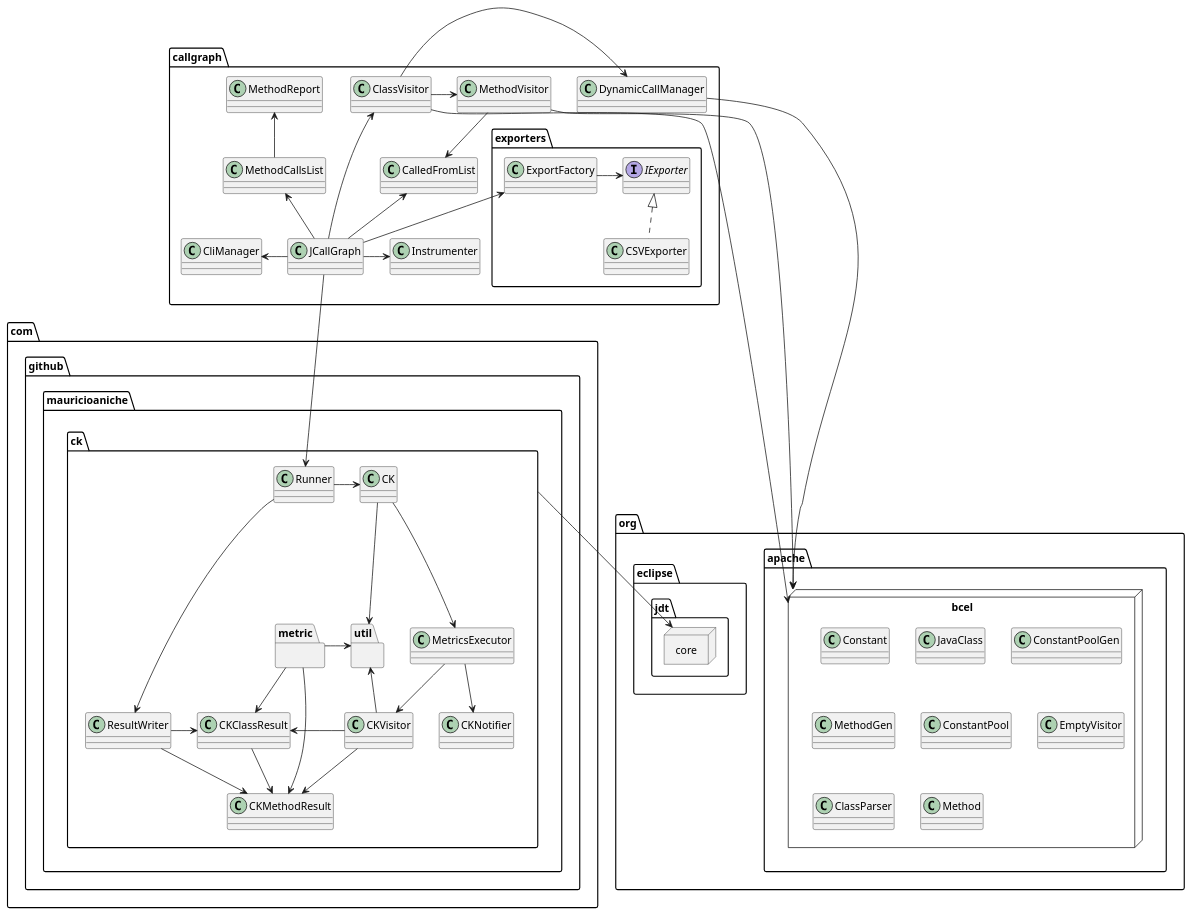
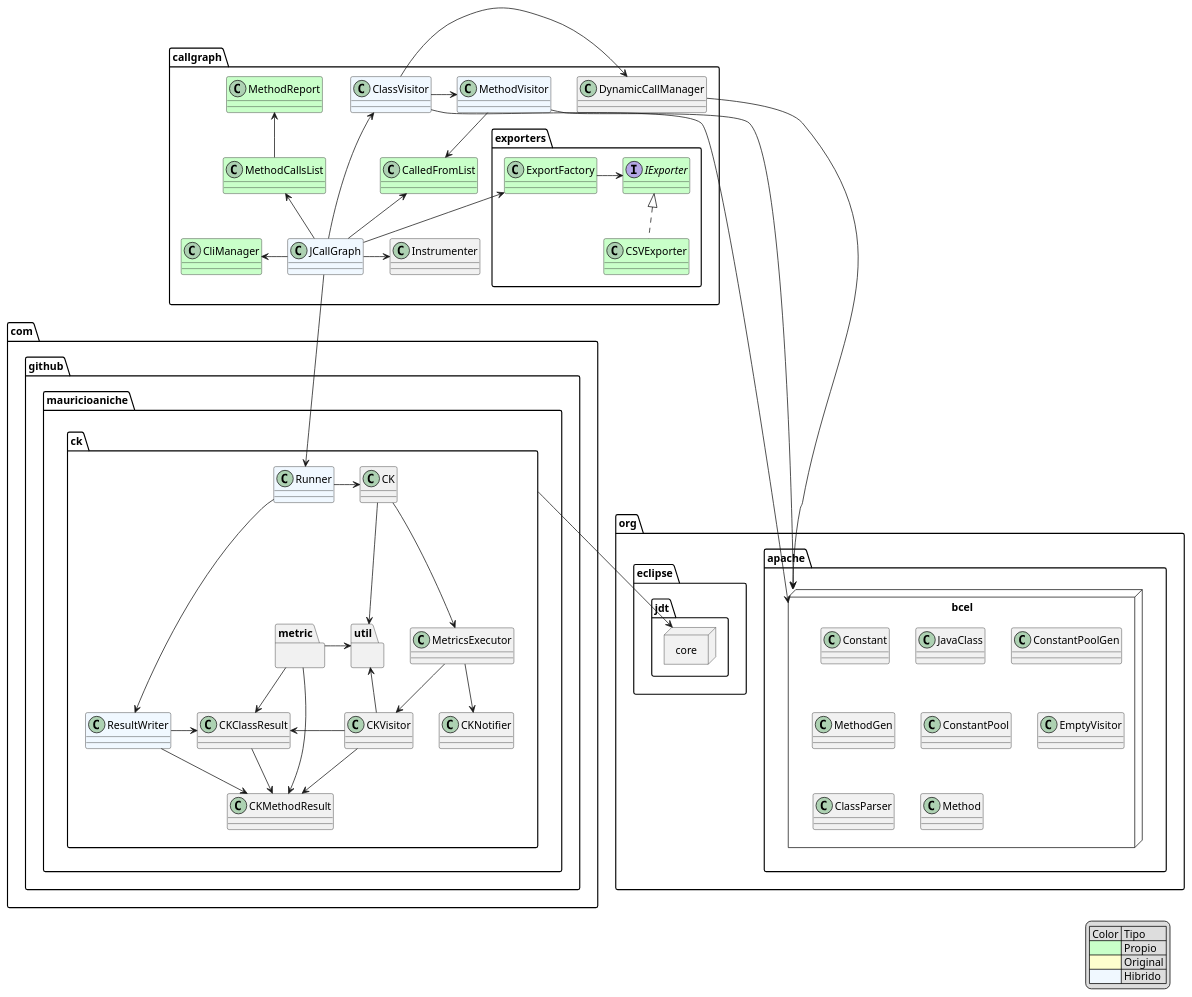
The diagram in TFG/uml/diagrama_de_componentes.plantuml (iakigarci/BytecodeAnalysis), drawn with PlantUML before and after one commit. The commit also changed 56 other files, not shown here.

```diff
--- a/TFG/uml/diagrama_de_componentes.plantuml
+++ b/TFG/uml/diagrama_de_componentes.plantuml
@@ -1,126 +1,131 @@
 @startuml components
 
 
 package callgraph {
 
-    class CalledFromList {
+    class CalledFromList #TECHNOLOGY {
     }
 
-    class ClassVisitor  { 
+    class ClassVisitor #AliceBlue { 
     }
 
 ' extends EmptyVisitor
-    class CliManager {
+    class CliManager #TECHNOLOGY {
 
     }
 
-    class DynamicCallManager {
+    class DynamicCallManager  {
     }
 
     class Instrumenter {
     }
 
-    class JCallGraph {
+    class JCallGraph #AliceBlue {
     }
 
-    class MethodCallsList {
+    class MethodCallsList #TECHNOLOGY {
     }
 
-    class MethodReport {
+    class MethodReport #TECHNOLOGY {
     }
 
-    class MethodVisitor {
+    class MethodVisitor #AliceBlue {
     }
     package exporters {
-        interface IExporter {
+        interface IExporter #TECHNOLOGY {
             }
 
-        class CSVExporter implements IExporter {
+        class CSVExporter #TECHNOLOGY implements IExporter {
             }
-        class ExportFactory {}
+        class ExportFactory #TECHNOLOGY {}
     }
 }
 
 
 package com.github.mauricioaniche.ck {
     package util {}
     package metric {}
 
     class CK {}
     class CKClassResult {}
     class CKMethodResult {}
     class CKNotifier {}
     class CKVisitor {}
     class MetricsExecutor {}
-    class ResultWriter {}
-    class ResultWriter {}
-    class Runner {}
+    class ResultWriter #AliceBlue {}
+    class Runner #AliceBlue {}
 }
 
 package org.apache.bcel <<Node>> {
     class Constant {}
     class JavaClass {}
     class ConstantPoolGen {}
     class MethodGen {}
     class ConstantPool {}
     class EmptyVisitor {}
     class ClassParser {}
     class Method {}
 }
 
 package org.eclipse.jdt.core <<Node>> {
 
 }
 
 /' JCG '/
 
 ClassVisitor -left-> DynamicCallManager
 ClassVisitor -> MethodVisitor
 ClassVisitor -> org.apache.bcel
 
 
 JCallGraph -> ClassVisitor
 JCallGraph -up-> MethodCallsList
 JCallGraph -up-> CalledFromList
 JCallGraph -> Instrumenter
 JCallGraph -down-> Runner
 JCallGraph -up-> ExportFactory
 JCallGraph -left-> CliManager
 
 MethodCallsList -up-> MethodReport
 
 MethodVisitor -down-> CalledFromList
 MethodVisitor -> org.apache.bcel
 
 DynamicCallManager -> org.apache.bcel
 
 ExportFactory -> IExporter
 
 /' CK '/
 
 com.github.mauricioaniche.ck -down-> org.eclipse.jdt.core
 
 Runner -right-> CK
 Runner -> ResultWriter
 
 CKVisitor -> CKClassResult
 CKVisitor -up-> util
 ResultWriter -> CKClassResult
 metric -down-> CKClassResult
 
 CKVisitor -> CKMethodResult
 ResultWriter -> CKMethodResult
 metric -down-> CKMethodResult
 CKClassResult -down-> CKMethodResult
 
 MetricsExecutor -down-> CKNotifier
 
 MetricsExecutor -down-> CKVisitor
 
 CK -down-> MetricsExecutor
 CK -> util
 
 metric -> util
 
+legend right
+    | Color | Tipo |
+    |<#TECHNOLOGY>| Propio|
+    |<#FEFECE>| Original |
+    |<#AliceBlue>| Hibrido |
+endlegend
 
 @enduml
```
